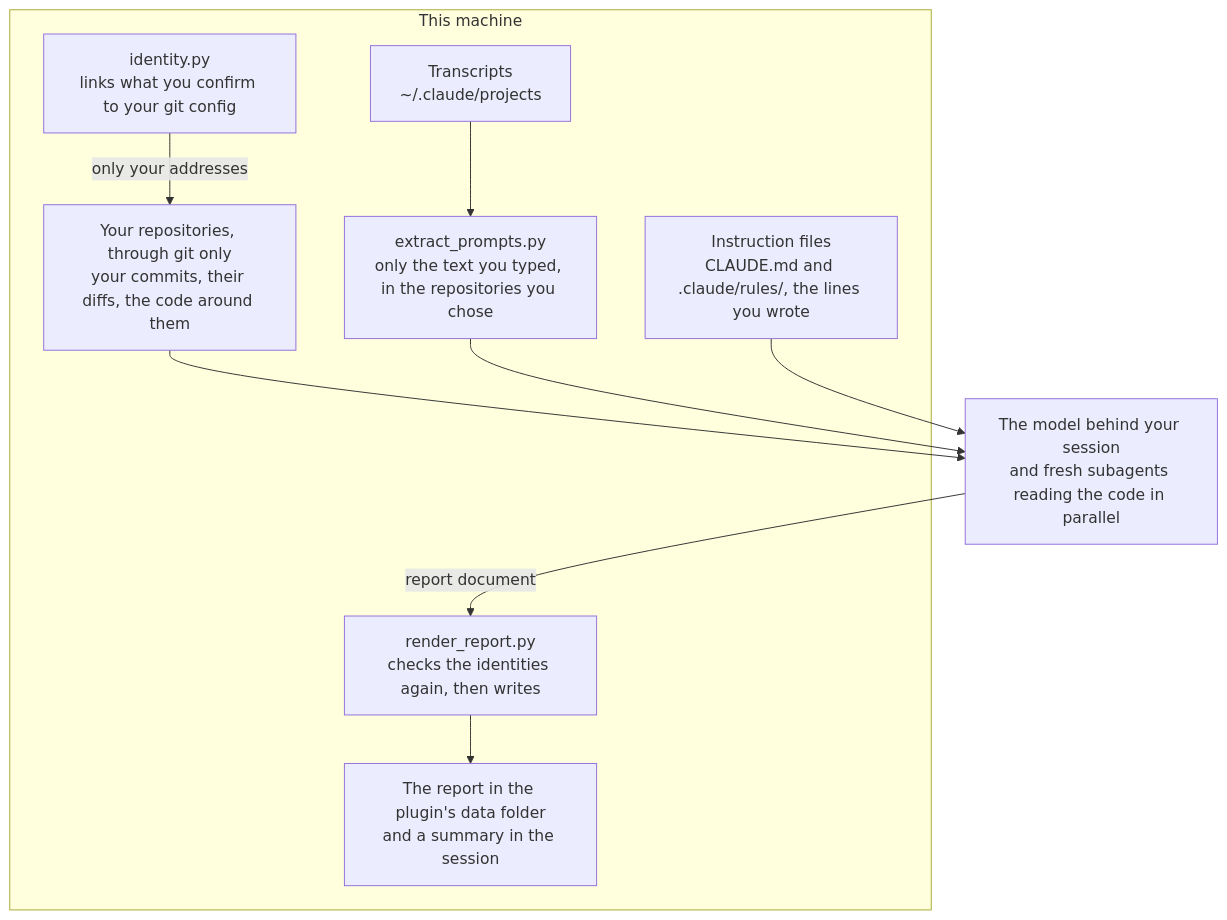
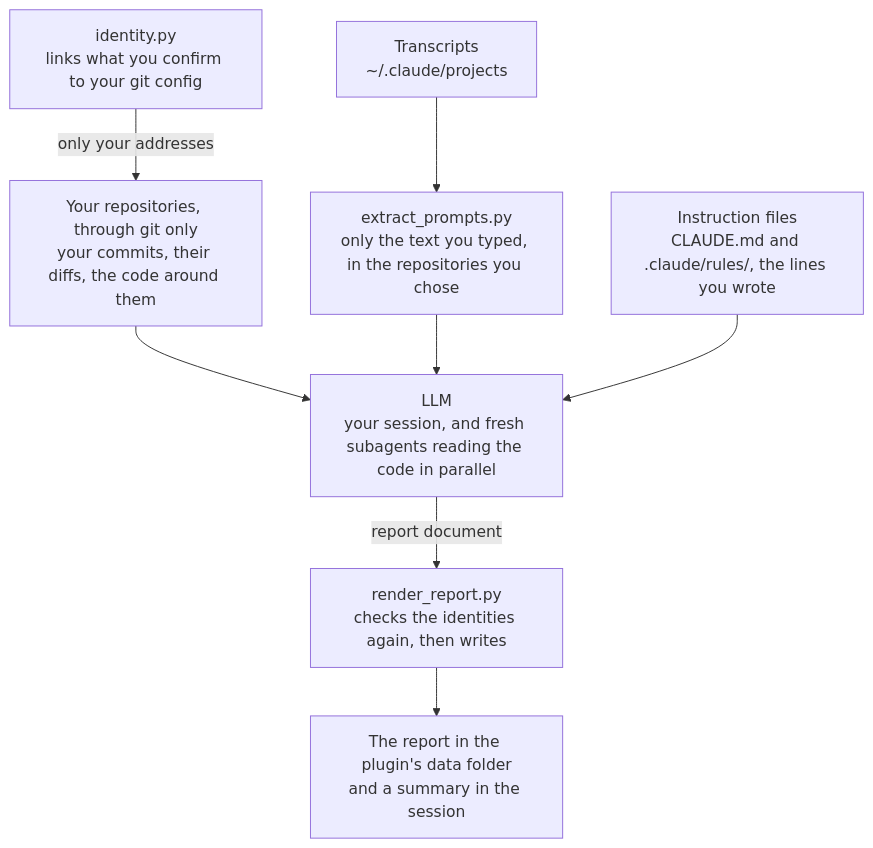
The diagram in plugins/whoami/README.md (softwareone-platform/tundra), drawn with Mermaid before and after one commit. The commit also changed 11 other files, not shown here.

Commit message:
localize whoami's README screenshots and flow

````diff
--- a/plugins/whoami/README.md
+++ b/plugins/whoami/README.md
@@ -44,13 +44,11 @@
 ```mermaid
 flowchart TB
-    subgraph machine["This machine"]
-        identity["identity.py<br>links what you confirm to your git config"] -- only your addresses --> code["Your repositories, through git only<br>your commits, their diffs, the code around them"]
-        transcripts["Transcripts<br>~/.claude/projects"] --> prompts["extract_prompts.py<br>only the text you typed, in the repositories you chose"]
-        rules["Instruction files<br>CLAUDE.md and .claude/rules/, the lines you wrote"]
-        render["render_report.py<br>checks the identities again, then writes"] --> report["The report in the plugin's data folder<br>and a summary in the session"]
-    end
-    code --> model["The model behind your session<br>and fresh subagents reading the code in parallel"]
+    identity["identity.py<br>links what you confirm to your git config"] -- only your addresses --> code["Your repositories, through git only<br>your commits, their diffs, the code around them"]
+    transcripts["Transcripts<br>~/.claude/projects"] --> prompts["extract_prompts.py<br>only the text you typed, in the repositories you chose"]
+    rules["Instruction files<br>CLAUDE.md and .claude/rules/, the lines you wrote"]
+    code --> model["LLM<br>your session, and fresh subagents reading the code in parallel"]
     prompts --> model
     rules --> model
-    model -- report document --> render
+    model -- report document --> render["render_report.py<br>checks the identities again, then writes"]
+    render --> report["The report in the plugin's data folder<br>and a summary in the session"]
 ```
````
